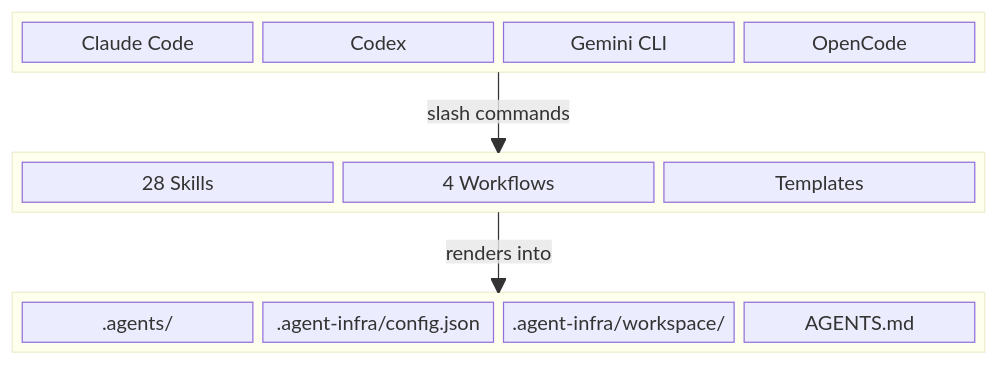
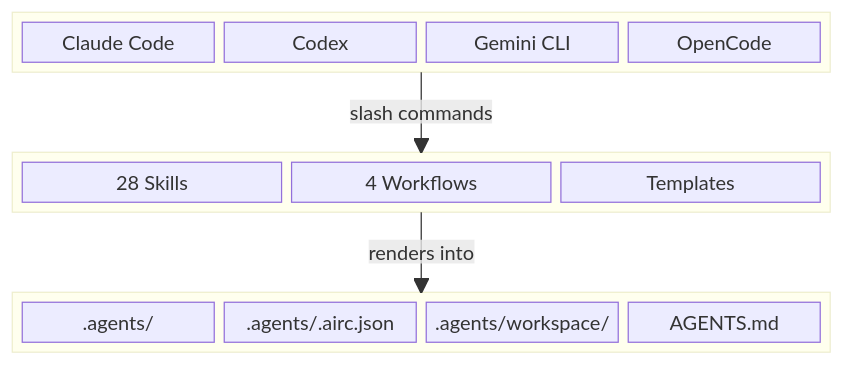
The diagram in README.md (fitlab-ai/agent-orchestrator), drawn with Mermaid before and after one commit. The commit also changed other lines of this file and 103 other files, not shown here.

First line of the commit message:
refactor: merge .agent-infra/ into .agents/ as single AI entry point (#59)

````diff
--- a/README.md
+++ b/README.md
@@ -180,26 +180,26 @@
 ```mermaid
 block-beta
     columns 4
 
     block:tui:4
         columns 4
         claude["Claude Code"] codex["Codex"] gemini["Gemini CLI"] opencode["OpenCode"]
     end
 
     space:4
 
     block:shared:4
         columns 3
         skills["28 Skills"] workflows["4 Workflows"] templates["Templates"]
     end
 
     space:4
 
     block:project:4
         columns 4
-        agents[".agents/"] config[".agent-infra/config.json"] workspace[".agent-infra/workspace/"] governance["AGENTS.md"]
+        agents[".agents/"] config[".agents/.airc.json"] workspace[".agents/workspace/"] governance["AGENTS.md"]
     end
 
     tui -- "slash commands" --> shared
     shared -- "renders into" --> project
 ```
````
